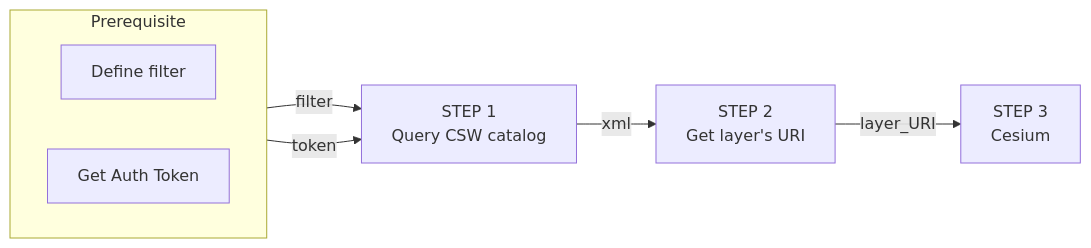
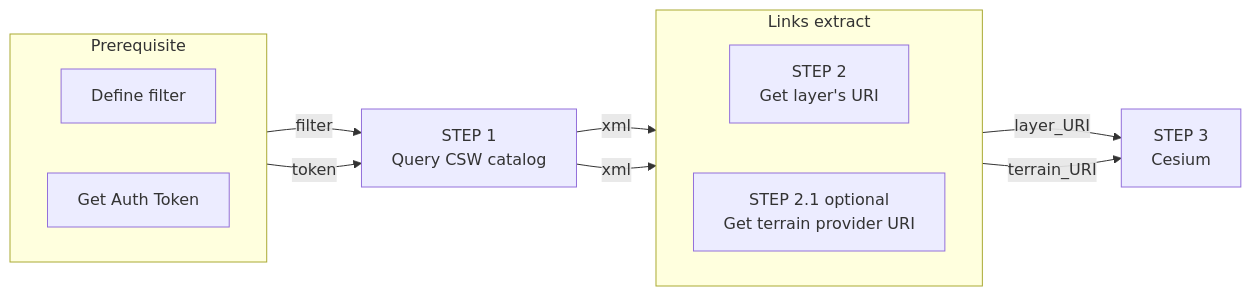
One commit to MapColonies/developer-portal changed the diagram in docs/getting-started/3d/3d_step-by-step.md. Above: the diagram before and after it, drawn with Mermaid. The commit also changed other lines of this file and 7 other files, not shown here.

Commit message:
fix: links and terrain provider

````diff
--- a/docs/getting-started/3d/3d_step-by-step.md
+++ b/docs/getting-started/3d/3d_step-by-step.md
@@ -8,13 +8,20 @@
 ```mermaid
 flowchart LR
     subgraph  Prerequisite
       direction LR
       a1[Define filter]
       a2[Get Auth Token]
     end
 
     a1 -- filter --> B[STEP 1<br/> Query CSW catalog]
     a2 -- token --> B
-    B -- xml --> C[STEP 2<br/>Get layer's URI]
-    C -- layer_URI --> D[STEP 3<br/>Cesium]
+    subgraph  Links extract
+      direction LR
+      c1[STEP 2<br/>Get layer's URI]
+      c2[STEP 2.1 optional<br/>Get terrain provider URI]
+    end
+    B -- xml --> c1
+    B -- xml --> c2
+    c1 -- layer_URI --> D[STEP 3<br/>Cesium]
+    c2 -- terrain_URI --> D[STEP 3<br/>Cesium]
 ```
````
